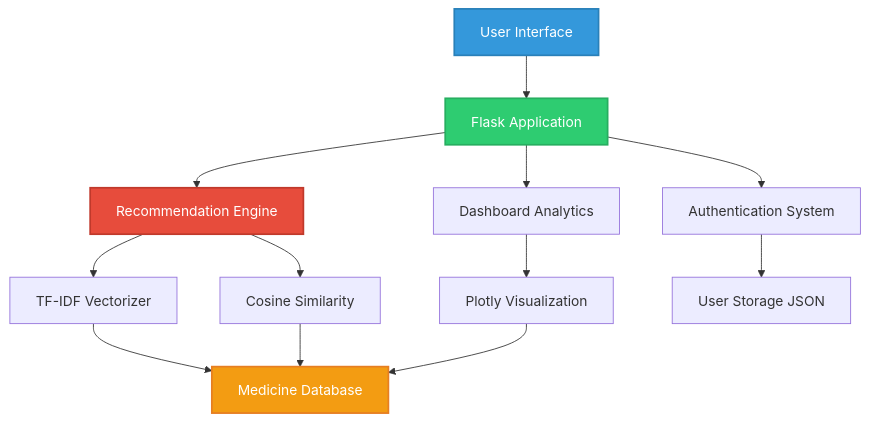
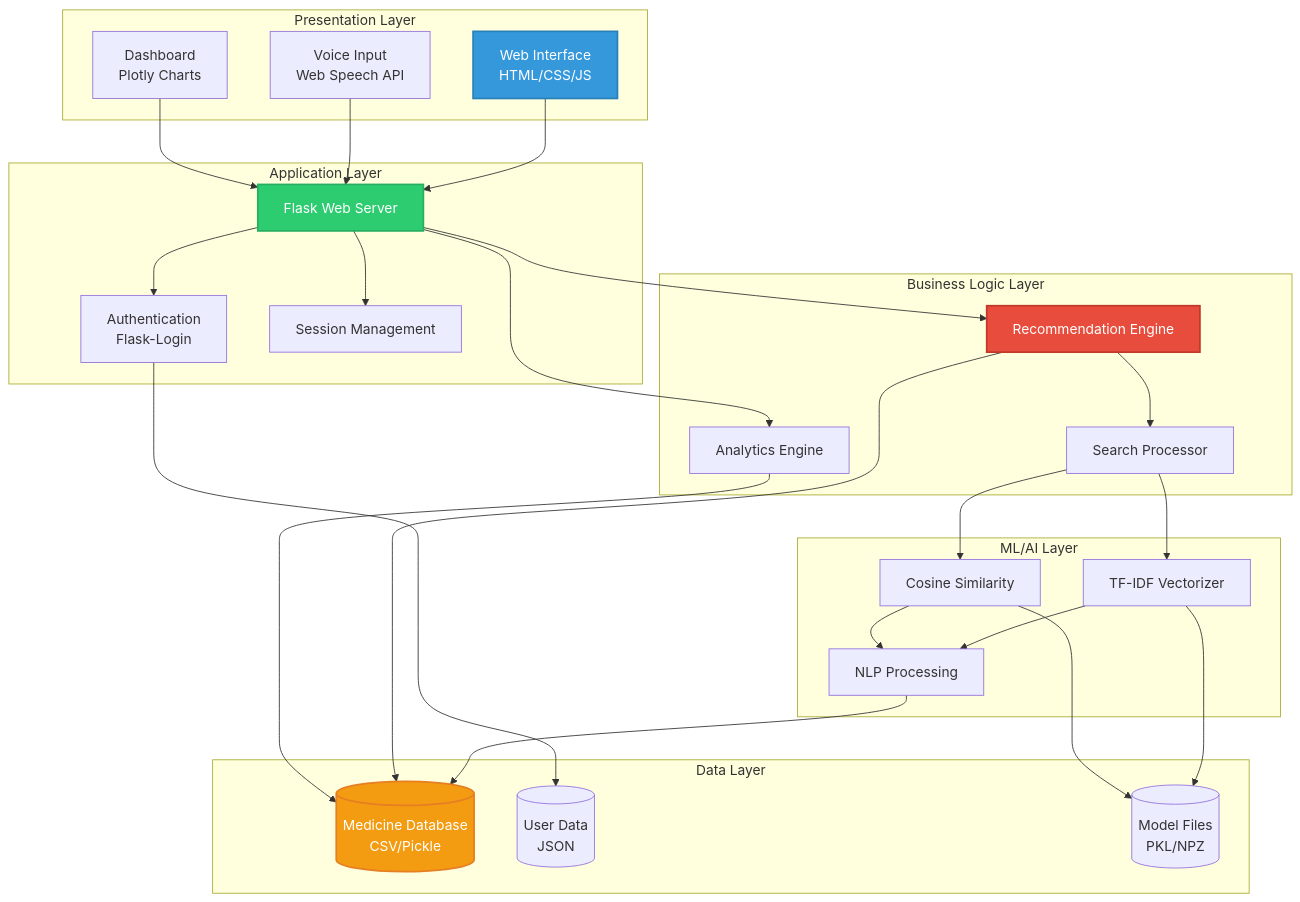
The first of 5 diagrams in README.md (udityamerit/AIOPharmacy), drawn with Mermaid before and after one commit. The commit also changed other lines of this file, not shown here.

First line of the commit message:
Revise architecture and data flow diagrams in README

````diff
--- a/README.md
+++ b/README.md
@@ -137,22 +139,56 @@
 ```mermaid
-graph TD
-    A[User Interface] --> B[Flask Application]
-    B --> C[Authentication System]
-    B --> D[Recommendation Engine]
-    B --> E[Dashboard Analytics]
+graph TB
+    subgraph "Presentation Layer"
+        A[Web Interface<br/>HTML/CSS/JS]
+        B[Voice Input<br/>Web Speech API]
+        C[Dashboard<br/>Plotly Charts]
+    end
     
-    D --> F[TF-IDF Vectorizer]
-    D --> G[Cosine Similarity]
-    F --> H[Medicine Database]
-    G --> H
+    subgraph "Application Layer"
+        D[Flask Web Server]
+        E[Authentication<br/>Flask-Login]
+        F[Session Management]
+    end
     
-    E --> I[Plotly Visualization]
-    I --> H
+    subgraph "Business Logic Layer"
+        G[Recommendation Engine]
+        H[Analytics Engine]
+        I[Search Processor]
+    end
     
-    C --> J[User Storage JSON]
+    subgraph "ML/AI Layer"
+        J[TF-IDF Vectorizer]
+        K[Cosine Similarity]
+        L[NLP Processing]
+    end
+    
+    subgraph "Data Layer"
+        M[(Medicine Database<br/>CSV/Pickle)]
+        N[(User Data<br/>JSON)]
+        O[(Model Files<br/>PKL/NPZ)]
+    end
+    
+    A --> D
+    B --> D
+    C --> D
+    D --> E
+    D --> F
+    D --> G
+    D --> H
+    G --> I
+    I --> J
+    I --> K
+    J --> L
+    K --> L
+    L --> M
+    G --> M
+    H --> M
+    E --> N
+    J --> O
+    K --> O
     
     style A fill:#3498db,stroke:#2980b9,stroke-width:2px,color:#fff
-    style B fill:#2ecc71,stroke:#27ae60,stroke-width:2px,color:#fff
-    style D fill:#e74c3c,stroke:#c0392b,stroke-width:2px,color:#fff
-    style H fill:#f39c12,stroke:#e67e22,stroke-width:2px,color:#fff
+    style D fill:#2ecc71,stroke:#27ae60,stroke-width:2px,color:#fff
+    style G fill:#e74c3c,stroke:#c0392b,stroke-width:2px,color:#fff
+    style M fill:#f39c12,stroke:#e67e22,stroke-width:2px,color:#fff
 ```
````
